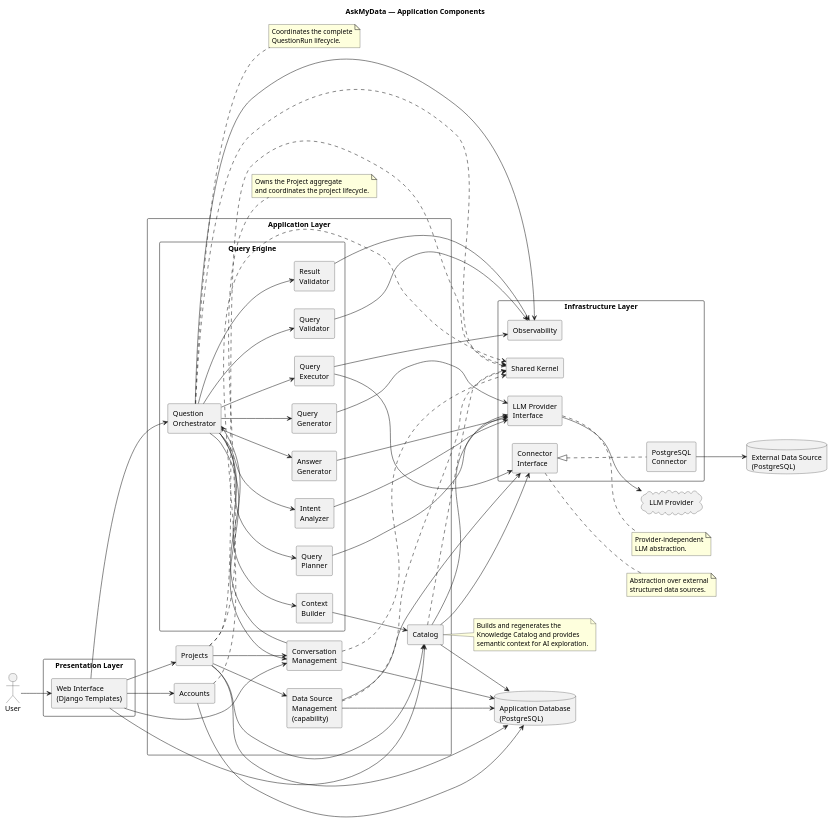
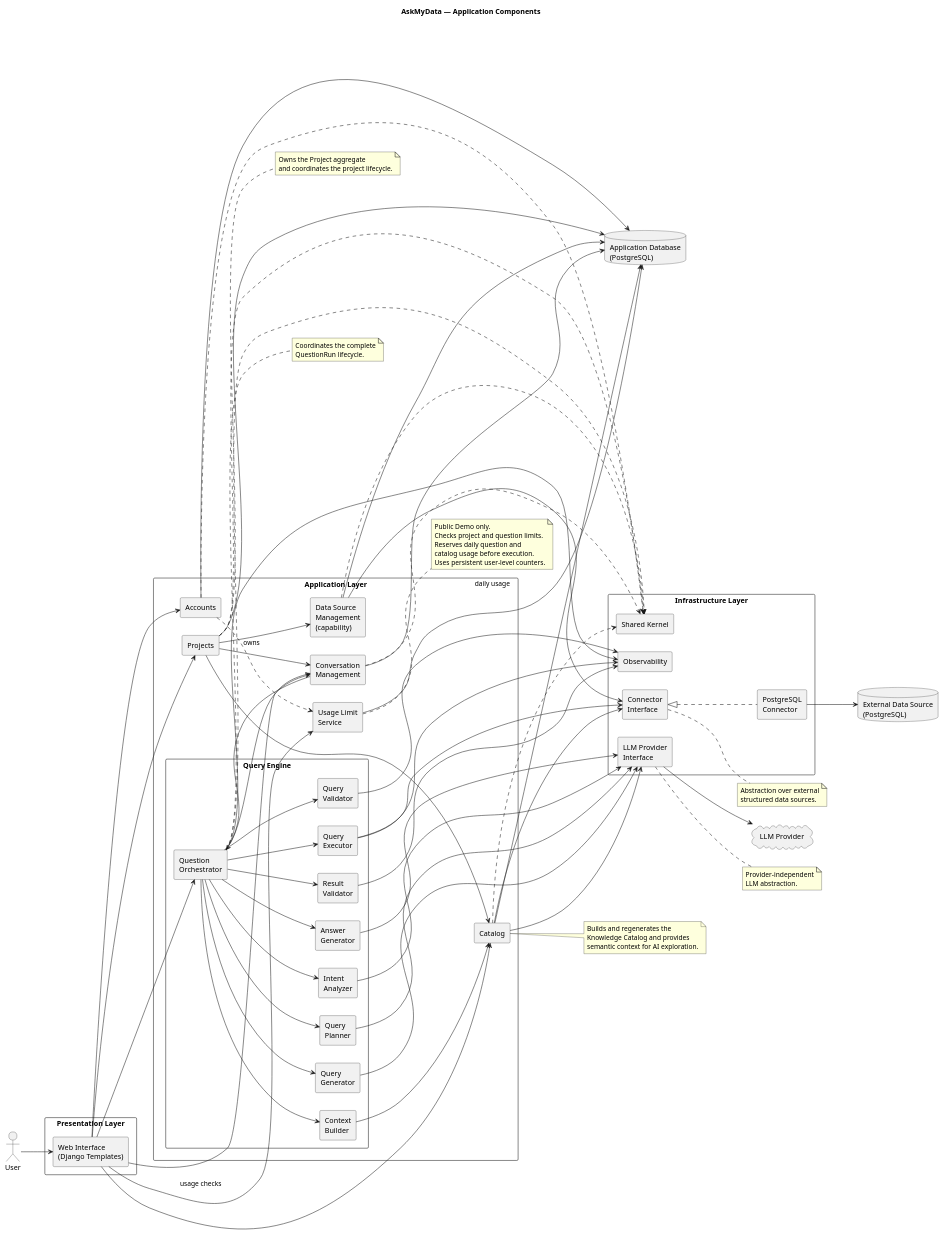
Before and after one commit to MarinePernici/askmydata: the diagram in docs/diagrams/src/application-components.puml, drawn with PlantUML. The commit also changed 12 other files, not shown here.

Commit message:
docs: document public demo usage limits

```diff
--- a/docs/diagrams/src/application-components.puml
+++ b/docs/diagrams/src/application-components.puml
@@ -1,144 +1,156 @@
 @startuml AskMyData_Application_Components
 
 title AskMyData — Application Components
 
 left to right direction
 skinparam componentStyle rectangle
 skinparam packageStyle rectangle
 
 actor User
 
 package "Presentation Layer" {
 
     component "Web Interface\n(Django Templates)" as WebUI
 
 }
 
 package "Application Layer" {
 
     component "Accounts" as Accounts
+    component "Usage Limit\nService" as UsageLimits
     component "Projects" as Projects
     component "Data Source\nManagement\n(capability)" as DSM
     component "Catalog" as Catalog
     component "Conversation\nManagement" as Conversations
 
     package "Query Engine" {
 
         component "Question\nOrchestrator" as Orchestrator
         component "Intent\nAnalyzer" as IntentAnalyzer
         component "Context\nBuilder" as ContextBuilder
         component "Query\nPlanner" as QueryPlanner
         component "Query\nGenerator" as QueryGenerator
         component "Query\nValidator" as QueryValidator
         component "Query\nExecutor" as QueryExecutor
         component "Result\nValidator" as ResultValidator
         component "Answer\nGenerator" as AnswerGenerator
 
     }
 
 }
 
 package "Infrastructure Layer" {
 
     component "Connector\nInterface" as Connector
     component "PostgreSQL\nConnector" as PostgreSQLConnector
     component "LLM Provider\nInterface" as LLMInterface
     component "Observability" as Observability
     component "Shared Kernel" as SharedKernel
 
 }
 
 database "Application Database\n(PostgreSQL)" as AppDB
 
 database "External Data Source\n(PostgreSQL)" as ExternalDB
 
 cloud "LLM Provider" as LLM
 
 User --> WebUI
 
 WebUI --> Accounts
 WebUI --> Projects
 WebUI --> Conversations
 WebUI --> Catalog
 WebUI --> Orchestrator
+WebUI --> UsageLimits : usage checks
+Accounts ..> UsageLimits : owns
 
 Projects --> DSM
 Projects --> Catalog
 Projects --> Conversations
 
 DSM --> Connector
 Catalog --> Connector
 Catalog --> LLMInterface
 
 Conversations --> Orchestrator
 Orchestrator --> Conversations
 
 Orchestrator --> IntentAnalyzer
 Orchestrator --> ContextBuilder
 Orchestrator --> QueryPlanner
 Orchestrator --> QueryGenerator
 Orchestrator --> QueryValidator
 Orchestrator --> QueryExecutor
 Orchestrator --> ResultValidator
 Orchestrator --> AnswerGenerator
 
 ContextBuilder --> Catalog
 
 IntentAnalyzer --> LLMInterface
 QueryPlanner --> LLMInterface
 QueryGenerator --> LLMInterface
 AnswerGenerator --> LLMInterface
 
 QueryExecutor --> Connector
 
 Connector <|.. PostgreSQLConnector
 
 PostgreSQLConnector --> ExternalDB
 
 LLMInterface --> LLM
 
 Accounts --> AppDB
+UsageLimits --> AppDB : daily usage
 Projects --> AppDB
 DSM --> AppDB
 Catalog --> AppDB
 Conversations --> AppDB
 
 Orchestrator --> Observability
 QueryValidator --> Observability
 QueryExecutor --> Observability
 ResultValidator --> Observability
 
 Accounts ..> SharedKernel
 Projects ..> SharedKernel
 DSM ..> SharedKernel
 Catalog ..> SharedKernel
 Conversations ..> SharedKernel
 Orchestrator ..> SharedKernel
 
 note right of Projects
 Owns the Project aggregate
 and coordinates the project lifecycle.
 end note
 
 note right of Catalog
 Builds and regenerates the
 Knowledge Catalog and provides
 semantic context for AI exploration.
 end note
 
 note right of Orchestrator
 Coordinates the complete
 QuestionRun lifecycle.
 end note
 
 note right of Connector
 Abstraction over external
 structured data sources.
 end note
 
 note right of LLMInterface
 Provider-independent
 LLM abstraction.
 end note
 
+note right of UsageLimits
+  Public Demo only.
+  Checks project and question limits.
+  Reserves daily question and
+  catalog usage before execution.
+  Uses persistent user-level counters.
+end note
+
 @enduml
```
